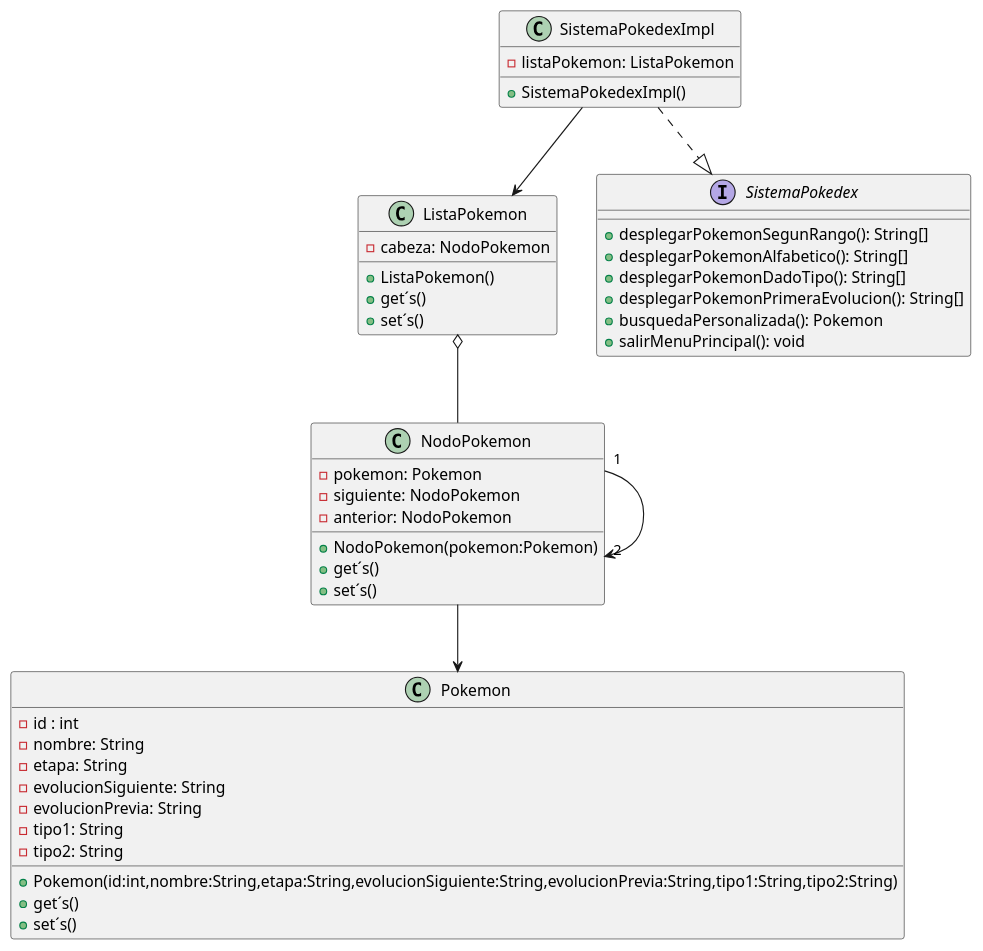
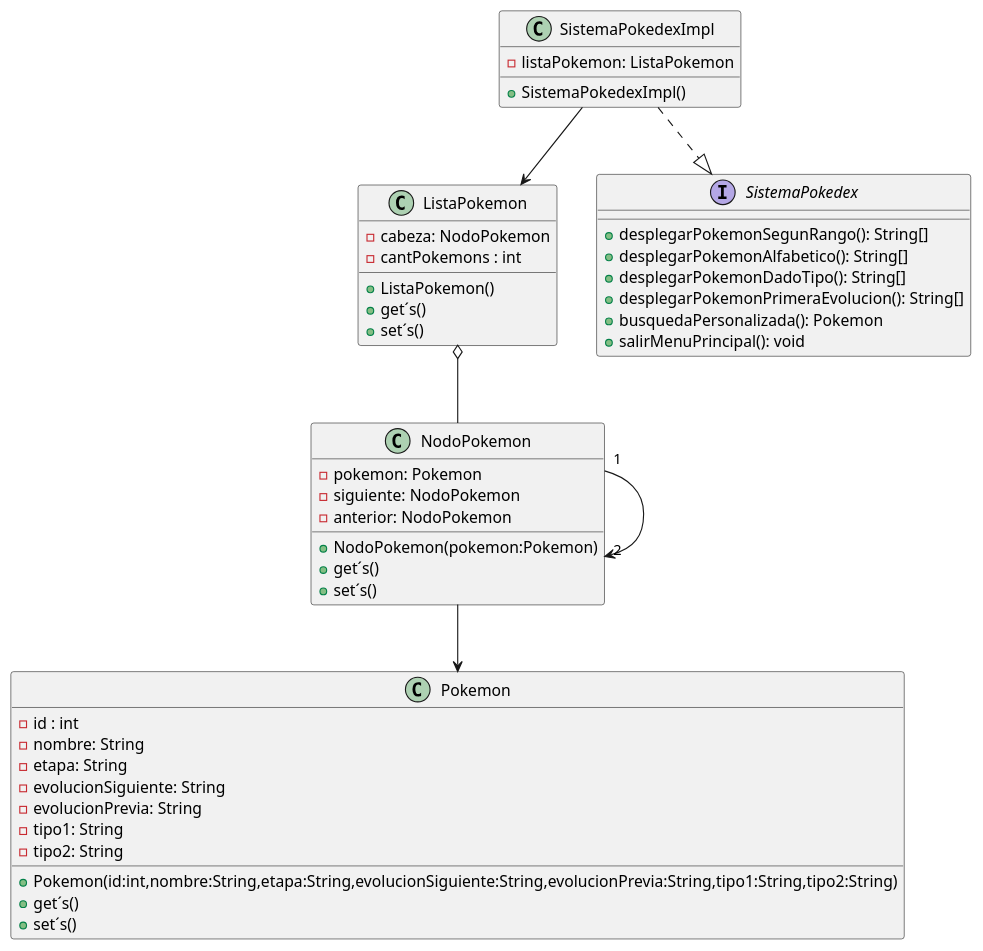
The diagram in Taller4/src/DiagramaDeClase.puml (MauricioAchc/Taller4), drawn with PlantUML before and after one commit. The commit also changed 6 other files, not shown here.

```diff
--- a/Taller4/src/DiagramaDeClase.puml
+++ b/Taller4/src/DiagramaDeClase.puml
@@ -1,52 +1,53 @@
 @startuml
 'https://plantuml.com/sequence-diagram
 class Pokemon{
 -id : int
 -nombre: String
 -etapa: String
 -evolucionSiguiente: String
 -evolucionPrevia: String
 -tipo1: String
 -tipo2: String
 +Pokemon(id:int,nombre:String,etapa:String,evolucionSiguiente:String,evolucionPrevia:String,tipo1:String,tipo2:String)
 +get´s()
 +set´s()
 
 }
 class NodoPokemon{
 -pokemon: Pokemon
 -siguiente: NodoPokemon
 -anterior: NodoPokemon
 +NodoPokemon(pokemon:Pokemon)
 +get´s()
 +set´s()
 }
 
 class ListaPokemon{
 -cabeza: NodoPokemon
+-cantPokemons : int
 +ListaPokemon()
 +get´s()
 +set´s()
 }
 
 interface SistemaPokedex{
 +desplegarPokemonSegunRango(): String[]
 +desplegarPokemonAlfabetico(): String[]
 +desplegarPokemonDadoTipo(): String[]
 +desplegarPokemonPrimeraEvolucion(): String[]
 +busquedaPersonalizada(): Pokemon
 +salirMenuPrincipal(): void
 }
 class SistemaPokedexImpl{
 -listaPokemon: ListaPokemon
 +SistemaPokedexImpl()
 }
 
 NodoPokemon "1" --> "2" NodoPokemon
 ListaPokemon o-- NodoPokemon
 SistemaPokedexImpl ..|> SistemaPokedex
 SistemaPokedexImpl --> ListaPokemon
 NodoPokemon --> Pokemon
 
 
 @enduml
```
